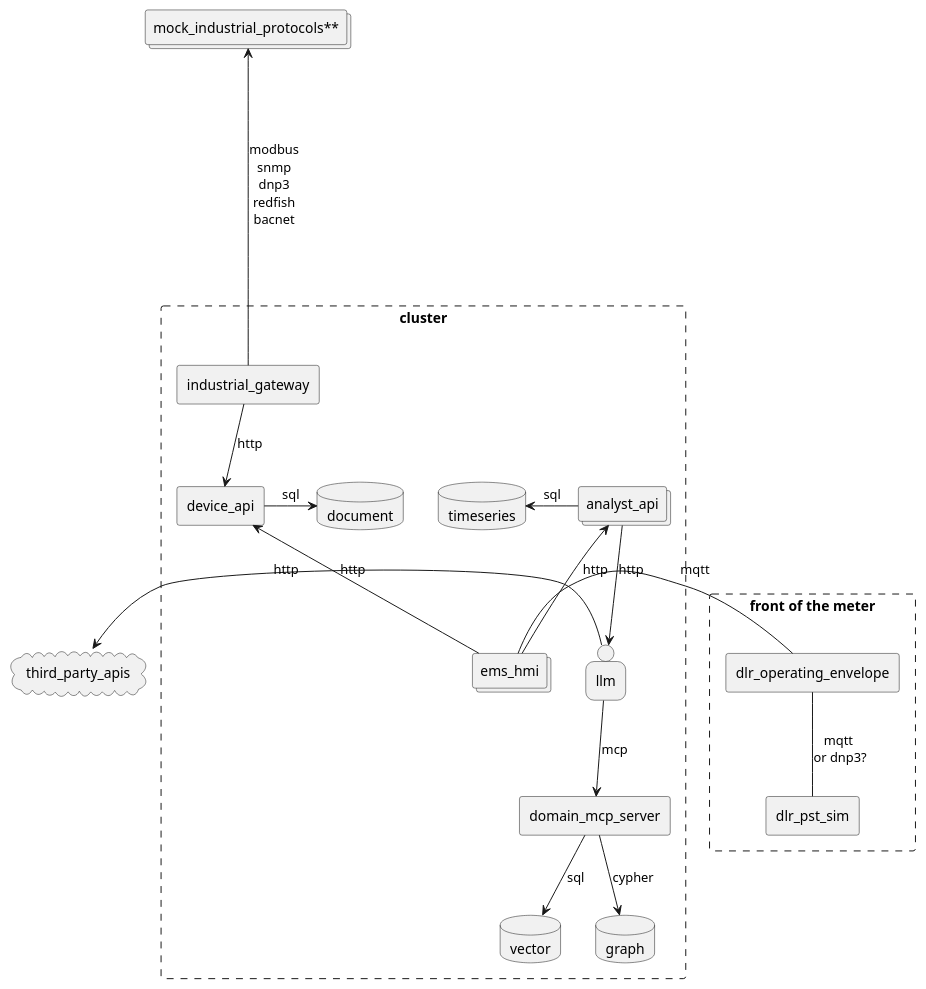
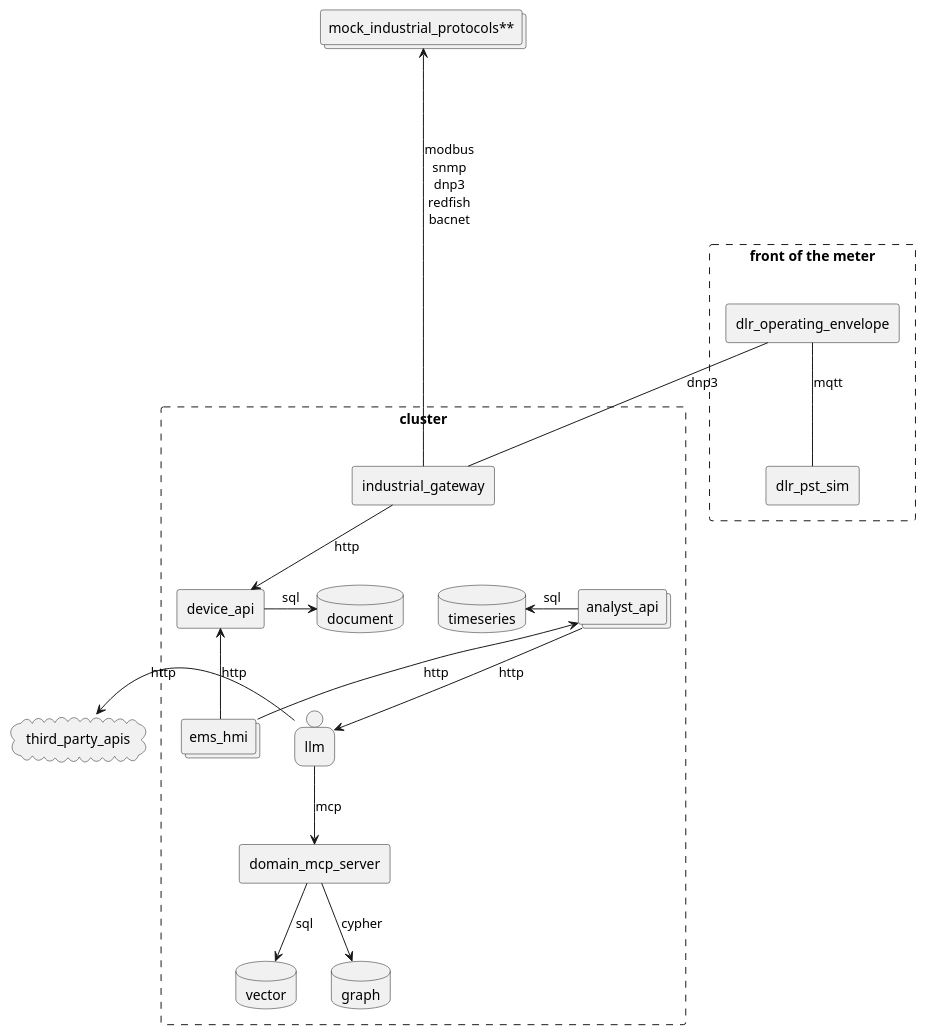
Before and after one commit to arcnode-io/ems: the first of 6 diagrams in readme.md, drawn with PlantUML. The commit also changed other lines of this file and 1 other file, not shown here.

````diff
--- a/readme.md
+++ b/readme.md
@@ -28,33 +28,33 @@
 ```plantuml
 collections "mock_industrial_protocols**" as mock_industrial_protocols
 rectangle  "front of the meter" #line.dashed {
   rectangle dlr_operating_envelope
   rectangle dlr_pst_sim
 }
 cloud third_party_apis
 rectangle cluster #line.dashed {
     rectangle industrial_gateway
     rectangle device_api
     database timeseries
     database vector
     database graph
     collections analyst_api
     database document
     collections ems_hmi
     person llm
     rectangle domain_mcp_server
 }
-dlr_operating_envelope -- dlr_pst_sim: mqtt \nor dnp3?
-dlr_operating_envelope -r- ems_hmi: mqtt 
+dlr_operating_envelope -- dlr_pst_sim: mqtt
+dlr_operating_envelope -- industrial_gateway: dnp3  
 industrial_gateway -u---> mock_industrial_protocols: modbus\nsnmp\ndnp3\nredfish\nbacnet
 industrial_gateway --> device_api: http
 ems_hmi -u-> device_api: http
 device_api -r-> document: sql
 analyst_api -l-> timeseries: sql
 llm -d-> domain_mcp_server: mcp
 domain_mcp_server -d-> vector: sql
 domain_mcp_server -d-> graph: cypher
 ems_hmi -u-> analyst_api: http
 analyst_api -d-> llm: http
 llm -l-> third_party_apis: http
 ```
````
